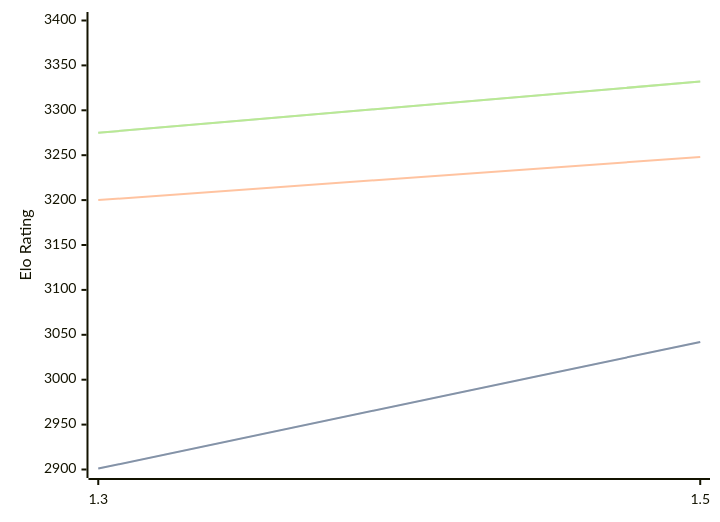
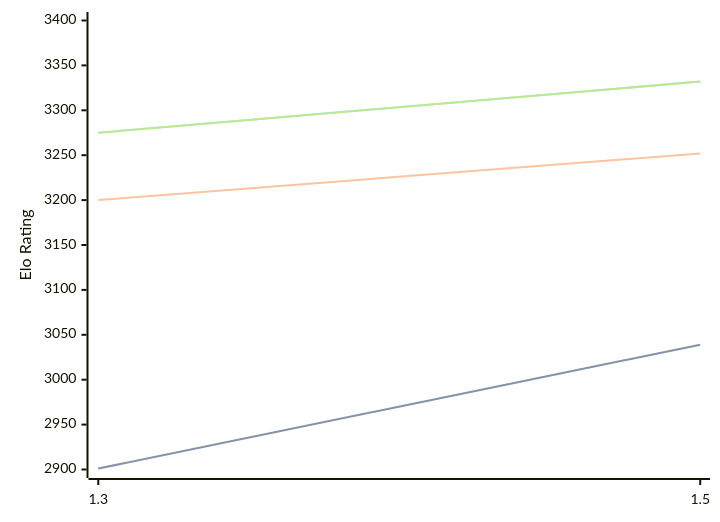
The first of 3 diagrams in engines/Lambergar.md (computer-chess-index/cci), drawn with Mermaid before and after one commit. The commit also changed other lines of this file, not shown here.

````diff
--- a/engines/Lambergar.md
+++ b/engines/Lambergar.md
@@ -44,11 +44,11 @@
 ```mermaid
 %%{init: {"theme":"base","themeVariables":{"seriesColors:['#a3a3a3','#222221','#faa371']}}}%%
 xychart-beta
   x-axis ["1.3", "1.5"]
   y-axis "Elo Rating" 2900 --> 3400
-  line "STC (8.0+0.08s)" [2901, 3042]
-  line "STC (8.0+0.08s)" [2901, 3042]
-  line "LTC (60.0+0.60s)" [3200, 3248]
+  line "STC (8.0+0.08s)" [2901, 3039]
+  line "STC (8.0+0.08s)" [2901, 3039]
+  line "LTC (60.0+0.60s)" [3200, 3252]
   line "VLTC (2m24s+1.12s)" [3275, 3332]
   line "VLTC (2m24s+1.12s)" [3275, 3332]
 ```
````
